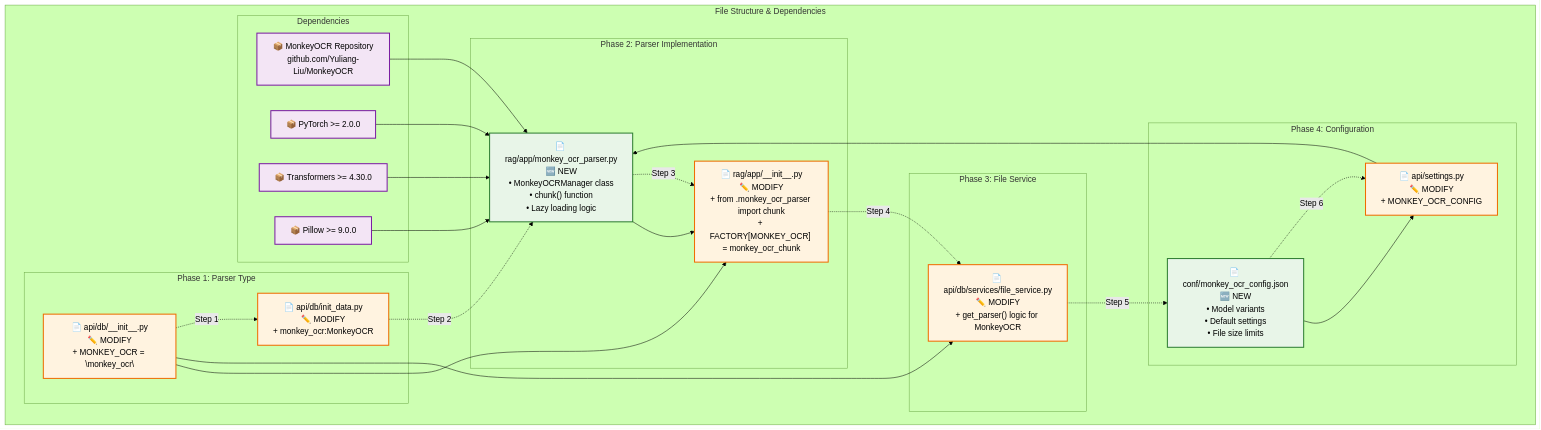
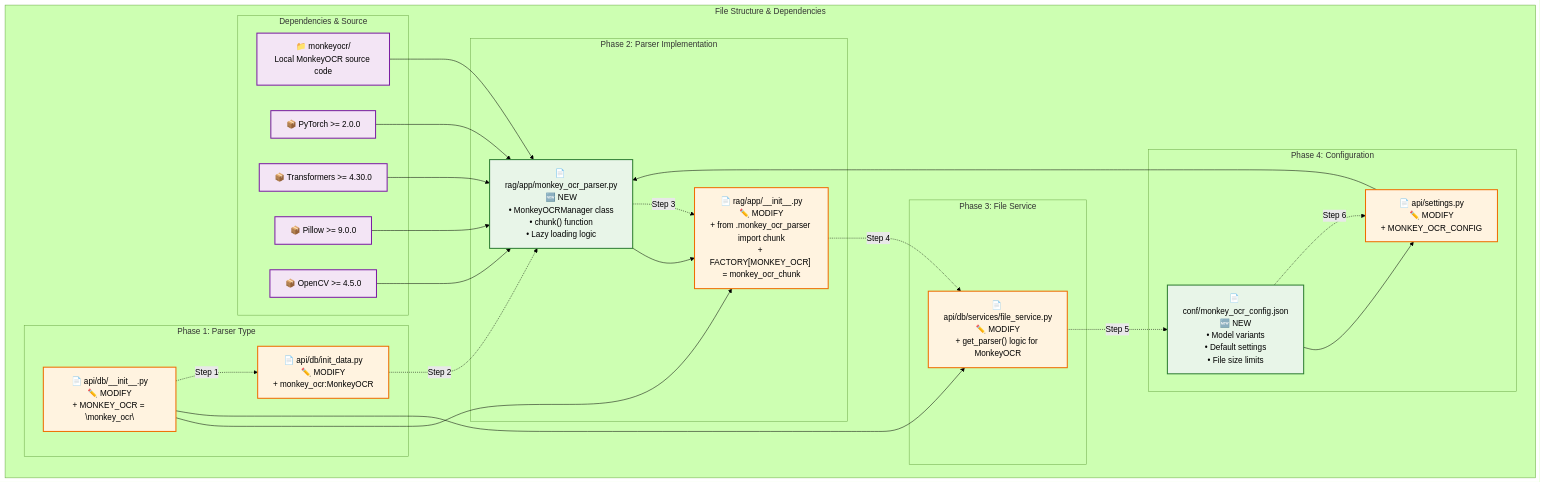
One commit to dxv2k/ragflow changed the third of 3 diagrams in Implement_plan.md. Above: the diagram before and after it, drawn with Mermaid (forest theme). The commit also changed other lines of this file, not shown here.

Commit message:
[Add] Added integration monkeyOCR plan in MonkeyOCR_Implementation_Files.md

````diff
--- a/Implement_plan.md
+++ b/Implement_plan.md
@@ -187,61 +188,63 @@
 ```mermaid
 graph TD
     subgraph "File Structure & Dependencies"
         subgraph "Phase 1: Parser Type"
             P1F1["📄 api/db/__init__.py<br/>✏️ MODIFY<br/>+ MONKEY_OCR = \"monkey_ocr\""]
             P1F2["📄 api/db/init_data.py<br/>✏️ MODIFY<br/>+ monkey_ocr:MonkeyOCR"]
         end
         
         subgraph "Phase 2: Parser Implementation"
             P2F1["📄 rag/app/monkey_ocr_parser.py<br/>🆕 NEW<br/>• MonkeyOCRManager class<br/>• chunk() function<br/>• Lazy loading logic"]
             P2F2["📄 rag/app/__init__.py<br/>✏️ MODIFY<br/>+ from .monkey_ocr_parser import chunk<br/>+ FACTORY[MONKEY_OCR] = monkey_ocr_chunk"]
         end
         
         subgraph "Phase 3: File Service"
             P3F1["📄 api/db/services/file_service.py<br/>✏️ MODIFY<br/>+ get_parser() logic for MonkeyOCR"]
         end
         
         subgraph "Phase 4: Configuration"
             P4F1["📄 conf/monkey_ocr_config.json<br/>🆕 NEW<br/>• Model variants<br/>• Default settings<br/>• File size limits"]
             P4F2["📄 api/settings.py<br/>✏️ MODIFY<br/>+ MONKEY_OCR_CONFIG"]
         end
         
-        subgraph "Dependencies"
-            DEP1["📦 MonkeyOCR Repository<br/>github.com/Yuliang-Liu/MonkeyOCR"]
+        subgraph "Dependencies & Source"
+            DEP1["📁 monkeyocr/<br/>Local MonkeyOCR source code"]
             DEP2["📦 PyTorch >= 2.0.0"]
             DEP3["📦 Transformers >= 4.30.0"]
             DEP4["📦 Pillow >= 9.0.0"]
+            DEP5["📦 OpenCV >= 4.5.0"]
         end
     end
     
     %% Dependencies between phases
     P1F1 --> P2F2
     P1F1 --> P3F1
     P2F1 --> P2F2
     P4F1 --> P4F2
     P4F2 --> P2F1
     
     %% External dependencies
     DEP1 --> P2F1
     DEP2 --> P2F1
     DEP3 --> P2F1
     DEP4 --> P2F1
+    DEP5 --> P2F1
     
     %% Implementation order
     P1F1 -.->|"Step 1"| P1F2
     P1F2 -.->|"Step 2"| P2F1
     P2F1 -.->|"Step 3"| P2F2
     P2F2 -.->|"Step 4"| P3F1
     P3F1 -.->|"Step 5"| P4F1
     P4F1 -.->|"Step 6"| P4F2
     
     %% Styling
     classDef newFile fill:#e8f5e8,stroke:#2e7d32,stroke-width:2px
     classDef modFile fill:#fff3e0,stroke:#ef6c00,stroke-width:2px
     classDef depFile fill:#f3e5f5,stroke:#7b1fa2,stroke-width:2px
     classDef orderFlow stroke:#1976d2,stroke-width:2px,stroke-dasharray: 5 5
     
     class P2F1,P4F1 newFile
     class P1F1,P1F2,P2F2,P3F1,P4F2 modFile
-    class DEP1,DEP2,DEP3,DEP4 depFile
+    class DEP1,DEP2,DEP3,DEP4,DEP5 depFile
 ```
````
